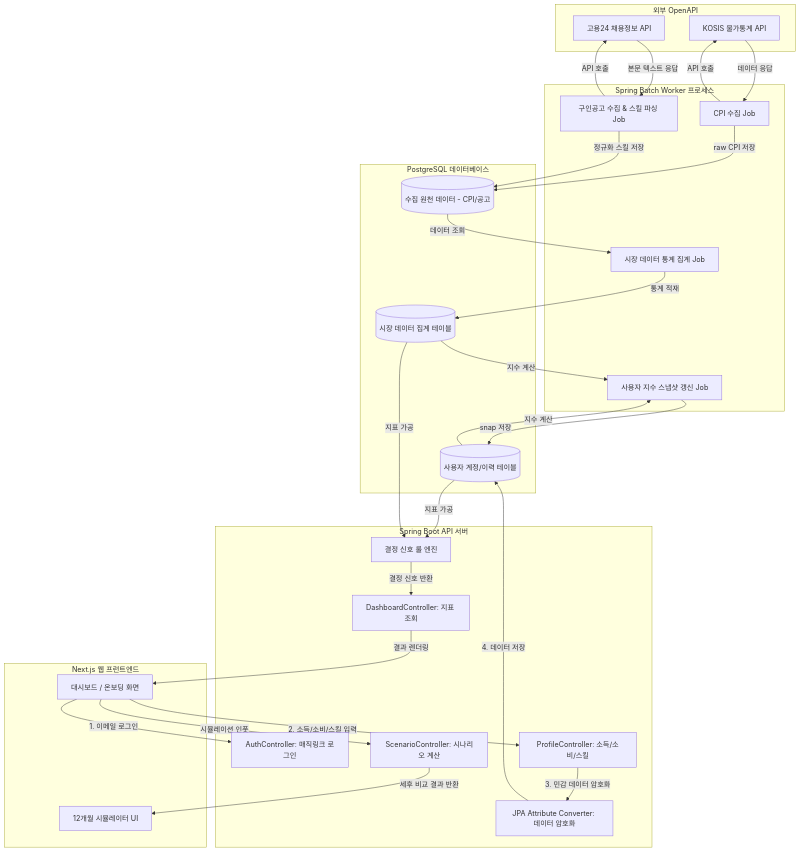
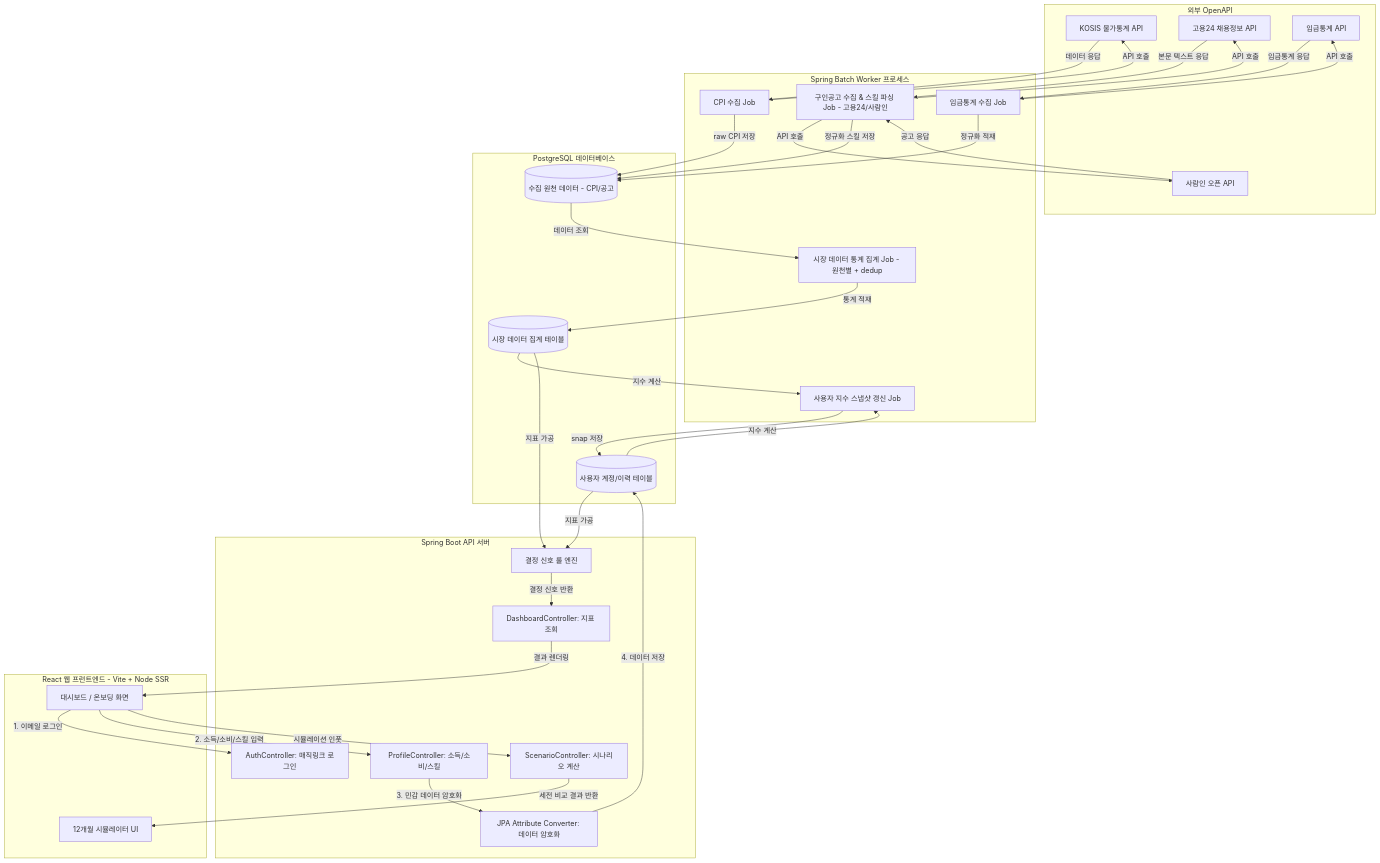
The first of 5 diagrams in docs/superpowers/specs/2026-07-18-application-workflow-spec.md (SeoHyeokGyu/Carix), drawn with Mermaid before and after one commit. The commit also changed other lines of this file and 10 other files, not shown here.

````diff
--- a/docs/superpowers/specs/2026-07-18-application-workflow-spec.md
+++ b/docs/superpowers/specs/2026-07-18-application-workflow-spec.md
@@ -11,66 +11,74 @@
 ```mermaid
 flowchart TD
     %% 1. 외부 데이터 및 수집 (Top)
     subgraph External [외부 OpenAPI]
         Kosis[KOSIS 물가통계 API]
         Work24[고용24 채용정보 API]
+        Saramin[사람인 오픈 API]
+        WageStat[임금통계 API]
     end
 
     %% 2. 배치 프로세서 (Down 1)
     subgraph Batch [Spring Batch Worker 프로세스]
         Job1[CPI 수집 Job]
-        Job2[구인공고 수집 & 스킬 파싱 Job]
-        Job3[시장 데이터 통계 집계 Job]
+        Job2[구인공고 수집 & 스킬 파싱 Job - 고용24/사람인]
+        Job2b[임금통계 수집 Job]
+        Job3[시장 데이터 통계 집계 Job - 원천별 + dedup]
         Job4[사용자 지수 스냅샷 갱신 Job]
     end
 
     %% 3. 데이터베이스 (Down 2)
     subgraph DB [PostgreSQL 데이터베이스]
         RawDB[(수집 원천 데이터 - CPI/공고)]
         AggDB[(시장 데이터 집계 테이블)]
         AccountDB[(사용자 계정/이력 테이블)]
     end
 
     %% 4. API 서버 (Down 3)
     subgraph API [Spring Boot API 서버]
         AC[AuthController: 매직링크 로그인]
         PC[ProfileController: 소득/소비/스킬]
         DC[DashboardController: 지표 조회]
         SC[ScenarioController: 시나리오 계산]
         Encrypt[JPA Attribute Converter: 데이터 암호화]
         DecEng[결정 신호 룰 엔진]
     end
 
     %% 5. 프런트엔드 (Bottom)
-    subgraph Frontend [Next.js 웹 프런트엔드]
+    subgraph Frontend [React 웹 프런트엔드 - Vite + Node SSR]
         UI[대시보드 / 온보딩 화면]
         Sim[12개월 시뮬레이터 UI]
     end
 
     %% 외부 -> 배치 연동
     Kosis -->|데이터 응답| Job1
     Work24 -->|본문 텍스트 응답| Job2
+    Saramin -->|공고 응답| Job2
+    WageStat -->|임금통계 응답| Job2b
     Job1 -->|API 호출| Kosis
     Job2 -->|API 호출| Work24
+    Job2 -->|API 호출| Saramin
+    Job2b -->|API 호출| WageStat
+    Job2b -->|정규화 적재| RawDB
 
     %% 배치 -> DB 연동
     Job1 -->|raw CPI 저장| RawDB
     Job2 -->|정규화 스킬 저장| RawDB
     RawDB -->|데이터 조회| Job3
     Job3 -->|통계 적재| AggDB
     AggDB & AccountDB -->|지수 계산| Job4
     Job4 -->|snap 저장| AccountDB
 
     %% 사용자 입력 -> API -> DB 연동
     UI -->|1. 이메일 로그인| AC
     UI -->|2. 소득/소비/스킬 입력| PC
     PC -->|3. 민감 데이터 암호화| Encrypt
     Encrypt -->|4. 데이터 저장| AccountDB
 
     %% API -> 프런트엔드 서빙 연동
     AccountDB & AggDB -->|지표 가공| DecEng
     DecEng -->|결정 신호 반환| DC
     DC -->|결과 렌더링| UI
     UI -->|시뮬레이션 인풋| SC
-    SC -->|세후 비교 결과 반환| Sim
+    SC -->|세전 비교 결과 반환| Sim
 ```
````
